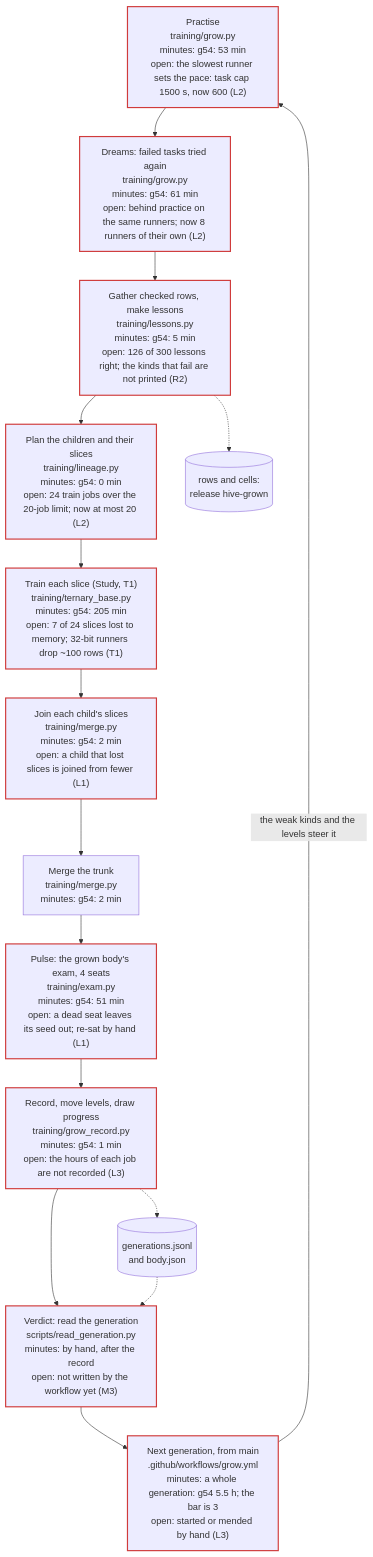
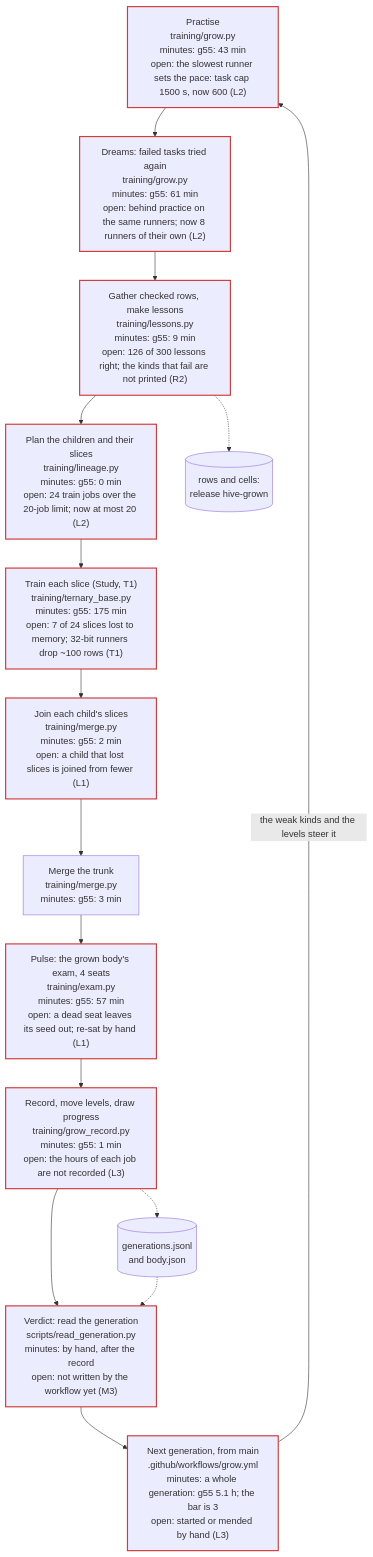
One commit to Arnav123-s/HiveMIND changed the first of 4 diagrams in docs/KNOWLEDGE.md. Above: the diagram before and after it, drawn with Mermaid. The commit also changed 17 other files, not shown here.

Commit message:
The hive's body: generation g55

````diff
--- a/docs/KNOWLEDGE.md
+++ b/docs/KNOWLEDGE.md
@@ -11,31 +11,31 @@
 ```mermaid
 flowchart TD
-  practise["Practise<br/>training/grow.py<br/>minutes: g54: 53 min<br/>open: the slowest runner sets the pace: task cap 1500 s, now 600 (L2)"]:::open
-  dreams["Dreams: failed tasks tried again<br/>training/grow.py<br/>minutes: g54: 61 min<br/>open: behind practice on the same runners; now 8 runners of their own (L2)"]:::open
-  gather["Gather checked rows, make lessons<br/>training/lessons.py<br/>minutes: g54: 5 min<br/>open: 126 of 300 lessons right; the kinds that fail are not printed (R2)"]:::open
-  plan["Plan the children and their slices<br/>training/lineage.py<br/>minutes: g54: 0 min<br/>open: 24 train jobs over the 20-job limit; now at most 20 (L2)"]:::open
-  trainc["Train each slice (Study, T1)<br/>training/ternary_base.py<br/>minutes: g54: 205 min<br/>open: 7 of 24 slices lost to memory; 32-bit runners drop ~100 rows (T1)"]:::open
-  join["Join each child's slices<br/>training/merge.py<br/>minutes: g54: 2 min<br/>open: a child that lost slices is joined from fewer (L1)"]:::open
-  trunk["Merge the trunk<br/>training/merge.py<br/>minutes: g54: 2 min"]
-  pulse["Pulse: the grown body's exam, 4 seats<br/>training/exam.py<br/>minutes: g54: 51 min<br/>open: a dead seat leaves its seed out; re-sat by hand (L1)"]:::open
-  recordg["Record, move levels, draw progress<br/>training/grow_record.py<br/>minutes: g54: 1 min<br/>open: the hours of each job are not recorded (L3)"]:::open
+  practise["Practise<br/>training/grow.py<br/>minutes: g55: 43 min<br/>open: the slowest runner sets the pace: task cap 1500 s, now 600 (L2)"]:::open
+  dreams["Dreams: failed tasks tried again<br/>training/grow.py<br/>minutes: g55: 61 min<br/>open: behind practice on the same runners; now 8 runners of their own (L2)"]:::open
+  gather["Gather checked rows, make lessons<br/>training/lessons.py<br/>minutes: g55: 9 min<br/>open: 126 of 300 lessons right; the kinds that fail are not printed (R2)"]:::open
+  plan["Plan the children and their slices<br/>training/lineage.py<br/>minutes: g55: 0 min<br/>open: 24 train jobs over the 20-job limit; now at most 20 (L2)"]:::open
+  trainc["Train each slice (Study, T1)<br/>training/ternary_base.py<br/>minutes: g55: 175 min<br/>open: 7 of 24 slices lost to memory; 32-bit runners drop ~100 rows (T1)"]:::open
+  join["Join each child's slices<br/>training/merge.py<br/>minutes: g55: 2 min<br/>open: a child that lost slices is joined from fewer (L1)"]:::open
+  trunk["Merge the trunk<br/>training/merge.py<br/>minutes: g55: 3 min"]
+  pulse["Pulse: the grown body's exam, 4 seats<br/>training/exam.py<br/>minutes: g55: 57 min<br/>open: a dead seat leaves its seed out; re-sat by hand (L1)"]:::open
+  recordg["Record, move levels, draw progress<br/>training/grow_record.py<br/>minutes: g55: 1 min<br/>open: the hours of each job are not recorded (L3)"]:::open
   verdictg["Verdict: read the generation<br/>scripts/read_generation.py<br/>minutes: by hand, after the record<br/>open: not written by the workflow yet (M3)"]:::open
-  nextg["Next generation, from main<br/>.github/workflows/grow.yml<br/>minutes: a whole generation: g54 5.5 h; the bar is 3<br/>open: started or mended by hand (L3)"]:::open
+  nextg["Next generation, from main<br/>.github/workflows/grow.yml<br/>minutes: a whole generation: g55 5.1 h; the bar is 3<br/>open: started or mended by hand (L3)"]:::open
   practise --> dreams
   dreams --> gather
   gather --> plan
   plan --> trainc
   trainc --> join
   join --> trunk
   trunk --> pulse
   pulse --> recordg
   recordg --> verdictg
   verdictg --> nextg
   nextg -->|"the weak kinds and the levels steer it"| practise
   rel[("rows and cells:<br/>release hive-grown")]
   rec[("generations.jsonl<br/>and body.json")]
   gather -.-> rel
   recordg -.-> rec
   rec -.-> verdictg
   classDef open stroke:#d03b3b,stroke-width:2px
 ```
````
